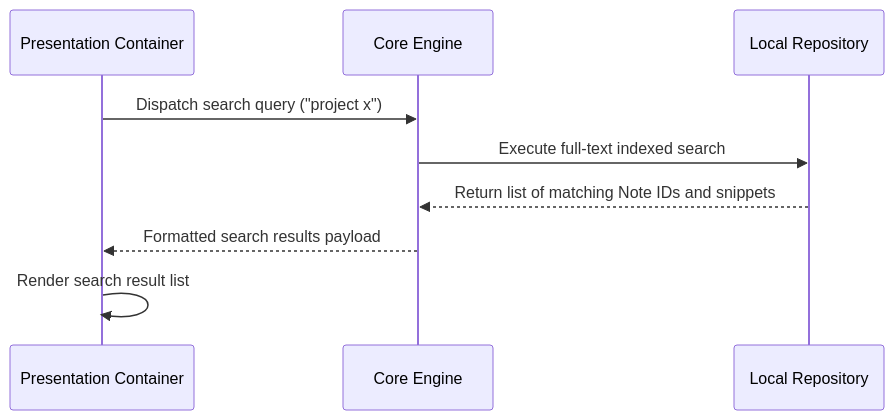
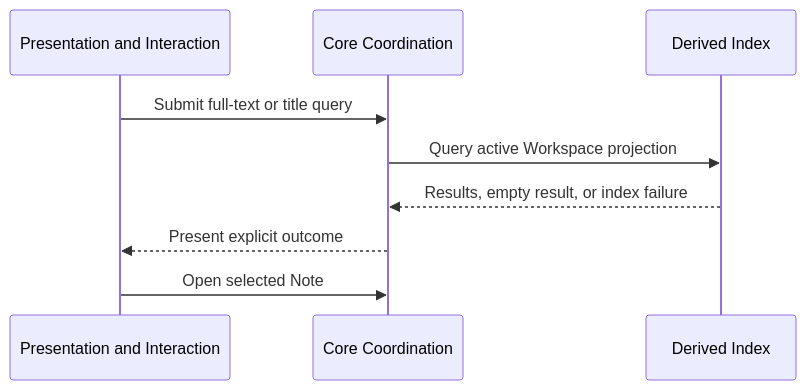
Before and after one commit to SkrOYC/burlmd: the diagram in .constitution/architecture/flows/flow-search.md, drawn with Mermaid. The commit also changed other lines of this file and 77 other files, not shown here.

````diff
--- a/.constitution/architecture/flows/flow-search.md
+++ b/.constitution/architecture/flows/flow-search.md
@@ -7,12 +7,12 @@
 ```mermaid
 sequenceDiagram
-    participant UI as Presentation Container
-    participant Core as Core Engine
-    participant Local as Local Repository
+    participant UI as Presentation and Interaction
+    participant Core as Core Coordination
+    participant Index as Derived Index
 
-    UI->>Core: Dispatch search query ("project x")
-    Core->>Local: Execute full-text indexed search
-    Local-->>Core: Return list of matching Note IDs and snippets
-    Core-->>UI: Formatted search results payload
-    UI->>UI: Render search result list
+    UI->>Core: Submit full-text or title query
+    Core->>Index: Query active Workspace projection
+    Index-->>Core: Results, empty result, or index failure
+    Core-->>UI: Present explicit outcome
+    UI->>Core: Open selected Note
 ```
````
